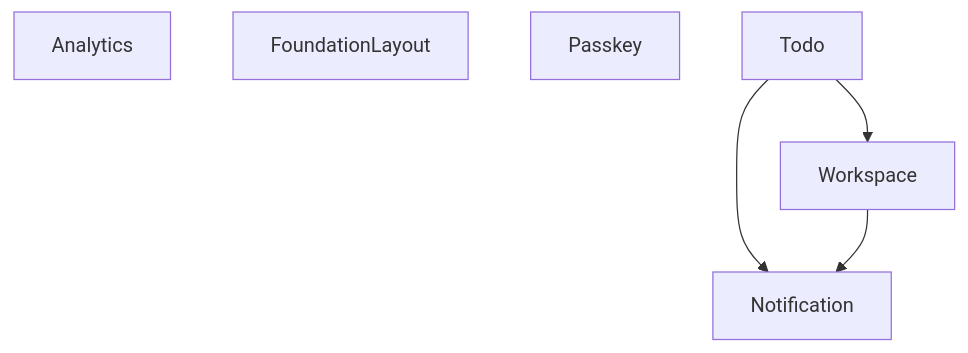
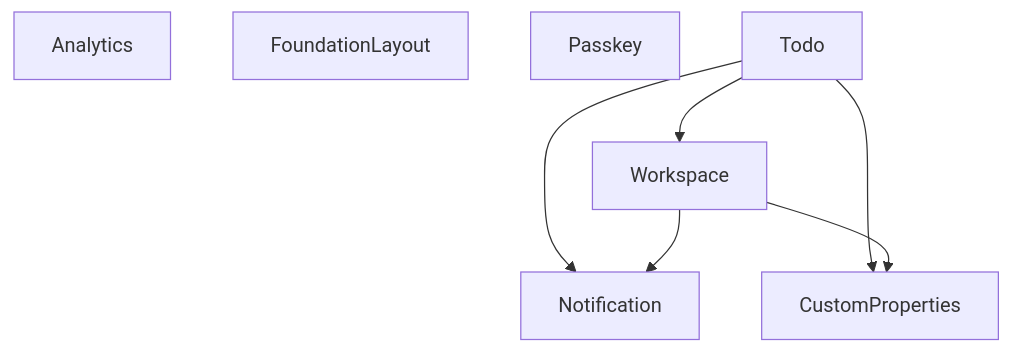
One commit to rokde/laravel-starter-kit changed the diagram in docs/module-dependency-graph.md. Above: the diagram before and after it, drawn with Mermaid. The commit also changed other lines of this file and 1 other file, not shown here.

Commit message:
add custom properties module to documentation and update related diagrams

````diff
--- a/docs/module-dependency-graph.md
+++ b/docs/module-dependency-graph.md
@@ -5,12 +5,15 @@
 ```mermaid
 graph TD;
     analytics["Analytics"];
+    customProperties["CustomProperties"];
     foundationLayout["FoundationLayout"];
     notification["Notification"];
     passkey["Passkey"];
     todo["Todo"];
     workspace["Workspace"];
     todo --> workspace;
     todo --> notification;
+    todo --> customProperties;
     workspace --> notification;
+    workspace --> customProperties;
 ```
````
